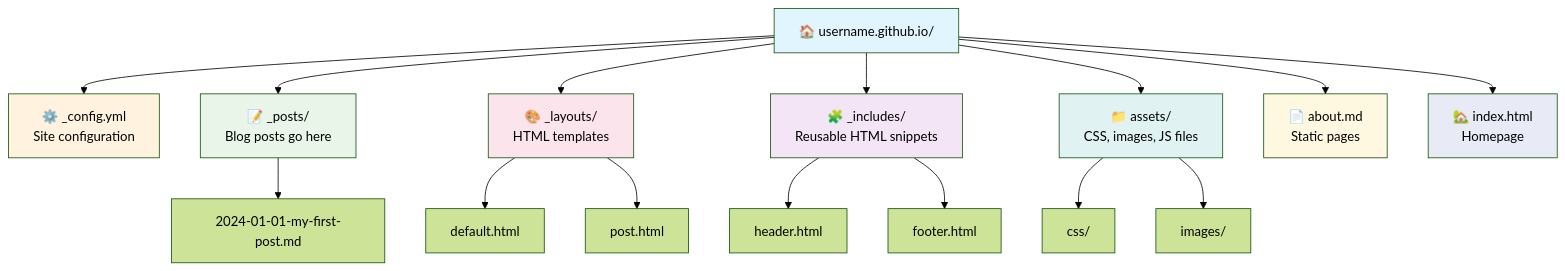
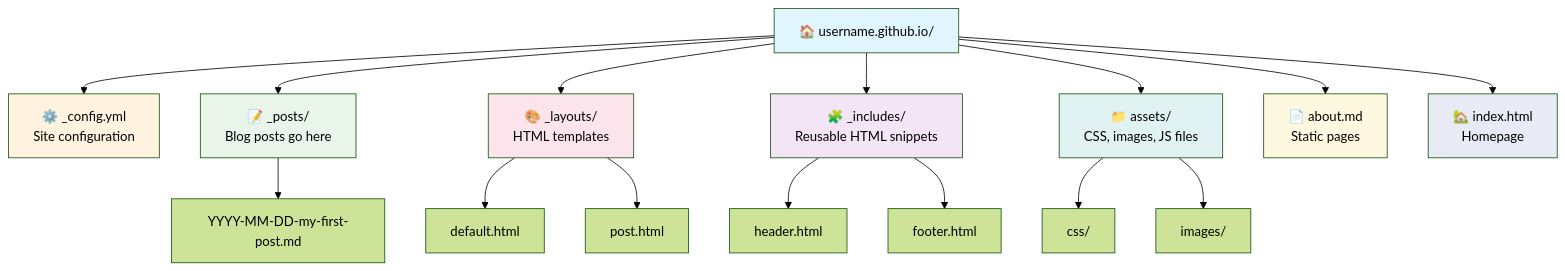
One commit to sagarnikam123/sagarnikam123.github.io changed the third of 7 diagrams in _posts/2016-06-11-jekyll-github-pages-complete-installation-guide.md. Above: the diagram before and after it, drawn with Mermaid (forest theme). The commit also changed other lines of this file, not shown here.

````diff
--- a/_posts/2016-06-11-jekyll-github-pages-complete-installation-guide.md
+++ b/_posts/2016-06-11-jekyll-github-pages-complete-installation-guide.md
@@ -192,27 +192,27 @@
 ```mermaid
 graph TD
     A["🏠 username.github.io/"] --> B["⚙️ _config.yml<br/>Site configuration"]
     A --> C["📝 _posts/<br/>Blog posts go here"]
     A --> D["🎨 _layouts/<br/>HTML templates"]
     A --> E["🧩 _includes/<br/>Reusable HTML snippets"]
     A --> F["📁 assets/<br/>CSS, images, JS files"]
     A --> G["📄 about.md<br/>Static pages"]
     A --> H["🏡 index.html<br/>Homepage"]
     
-    C --> C1["2024-01-01-my-first-post.md"]
+    C --> C1["YYYY-MM-DD-my-first-post.md"]
     D --> D1["default.html"]
     D --> D2["post.html"]
     E --> E1["header.html"]
     E --> E2["footer.html"]
     F --> F1["css/"]
     F --> F2["images/"]
     
     style A fill:#e1f5fe
     style B fill:#fff3e0
     style C fill:#e8f5e8
     style D fill:#fce4ec
     style E fill:#f3e5f5
     style F fill:#e0f2f1
     style G fill:#fff8e1
     style H fill:#e8eaf6
 ```
````
